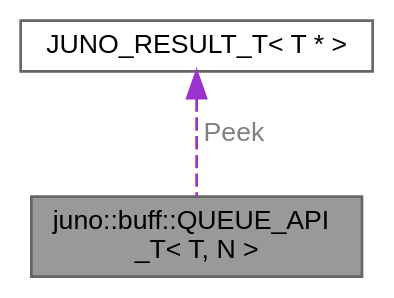
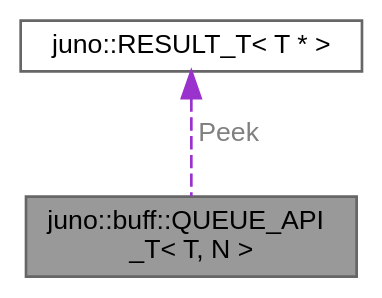
One commit to robinonsay/libjuno changed the diagram in structjuno_1_1buff_1_1QUEUE__API__T__coll__graph.dot. Above: the diagram before and after it, drawn with Graphviz. The commit also changed 110 other files, not shown here.

```diff
--- a/structjuno_1_1buff_1_1QUEUE__API__T__coll__graph.dot
+++ b/structjuno_1_1buff_1_1QUEUE__API__T__coll__graph.dot
@@ -1,10 +1,10 @@
 digraph "juno::buff::QUEUE_API_T&lt; T, N &gt;"
 {
  // LATEX_PDF_SIZE
   bgcolor="transparent";
   edge [fontname=Helvetica,fontsize=10,labelfontname=Helvetica,labelfontsize=10];
   node [fontname=Helvetica,fontsize=10,shape=box,height=0.2,width=0.4];
   Node1 [id="Node000001",label="juno::buff::QUEUE_API\l_T\< T, N \>",height=0.2,width=0.4,color="gray40", fillcolor="grey60", style="filled", fontcolor="black",tooltip=" "];
   Node2 -> Node1 [id="edge1_Node000001_Node000002",dir="back",color="darkorchid3",style="dashed",tooltip=" ",label=" Peek",fontcolor="grey" ];
-  Node2 [id="Node000002",label="JUNO_RESULT_T\< T * \>",height=0.2,width=0.4,color="gray40", fillcolor="white", style="filled",URL="$structJUNO__RESULT__T.html",tooltip=" "];
+  Node2 [id="Node000002",label="juno::RESULT_T\< T * \>",height=0.2,width=0.4,color="gray40", fillcolor="white", style="filled",URL="$structjuno_1_1RESULT__T.html",tooltip=" "];
 }
```
